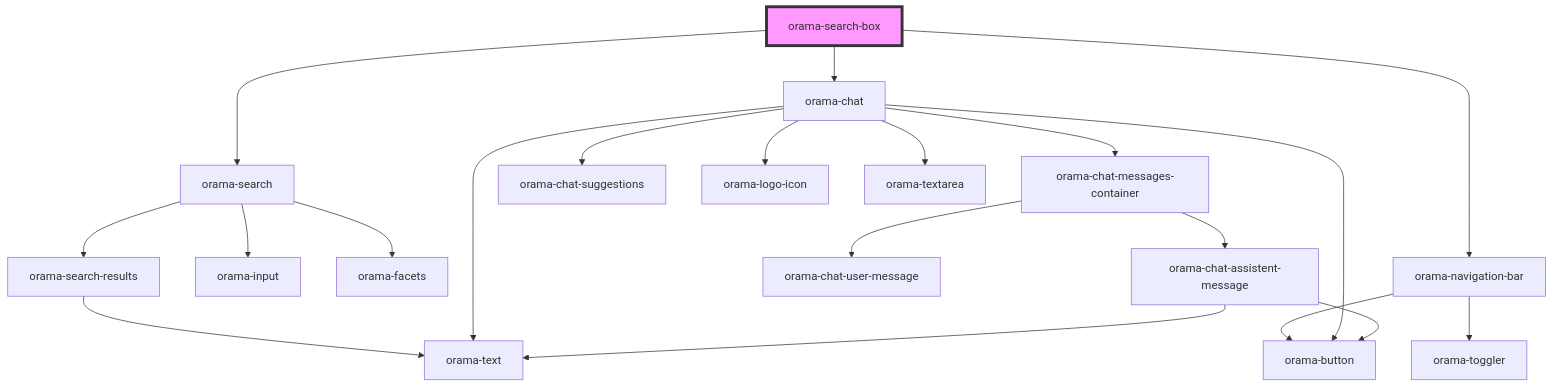
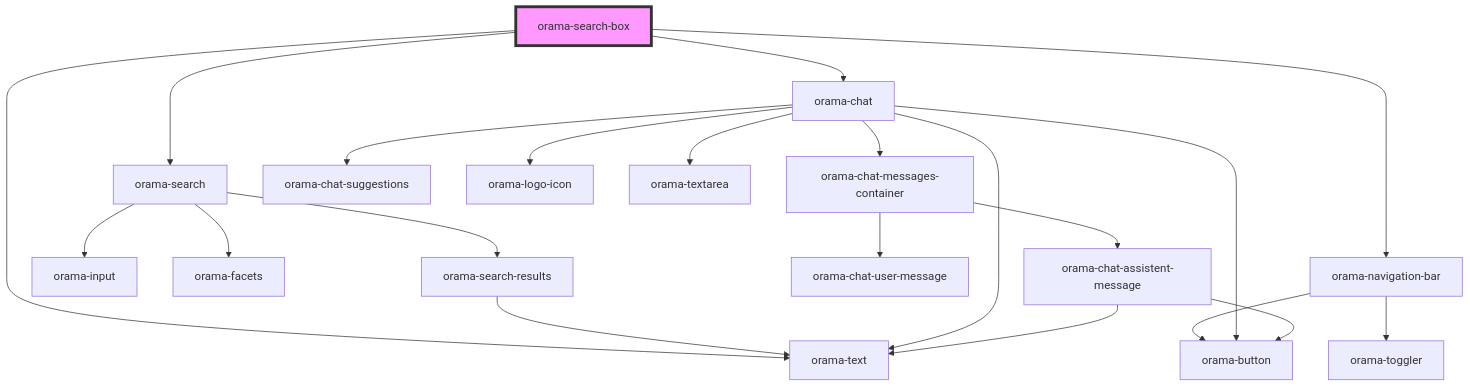
The diagram in packages/ui-stencil/src/components/orama-search-box/readme.md (askorama/orama-ui-components), drawn with Mermaid before and after one commit. The commit also changed other lines of this file and 17 other files, not shown here.

````diff
--- a/packages/ui-stencil/src/components/orama-search-box/readme.md
+++ b/packages/ui-stencil/src/components/orama-search-box/readme.md
@@ -26,23 +28,24 @@
 ```mermaid
 graph TD;
+  orama-search-box --> orama-text
   orama-search-box --> orama-navigation-bar
   orama-search-box --> orama-search
   orama-search-box --> orama-chat
   orama-navigation-bar --> orama-button
   orama-navigation-bar --> orama-toggler
   orama-search --> orama-input
   orama-search --> orama-facets
   orama-search --> orama-search-results
   orama-search-results --> orama-text
   orama-chat --> orama-chat-messages-container
   orama-chat --> orama-chat-suggestions
   orama-chat --> orama-logo-icon
   orama-chat --> orama-textarea
   orama-chat --> orama-button
   orama-chat --> orama-text
   orama-chat-messages-container --> orama-chat-user-message
   orama-chat-messages-container --> orama-chat-assistent-message
   orama-chat-assistent-message --> orama-button
   orama-chat-assistent-message --> orama-text
   style orama-search-box fill:#f9f,stroke:#333,stroke-width:4px
 ```
````
